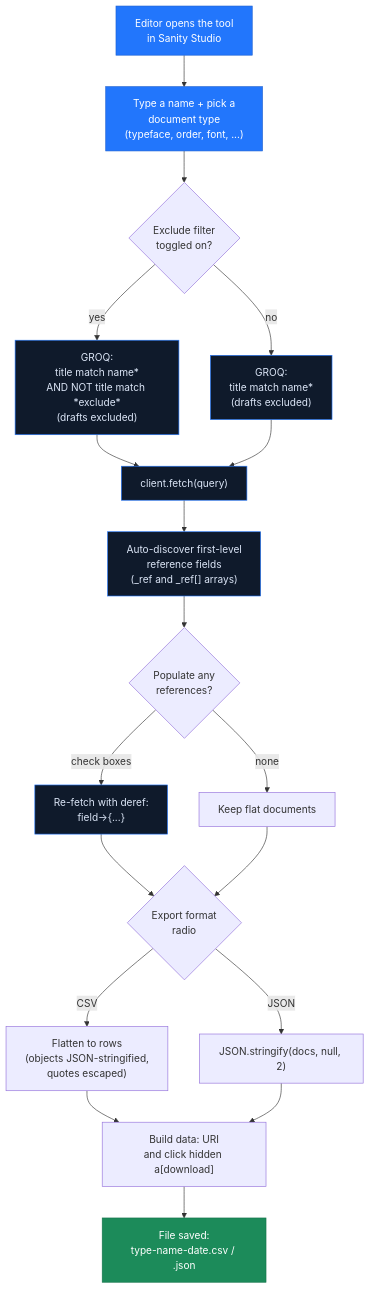
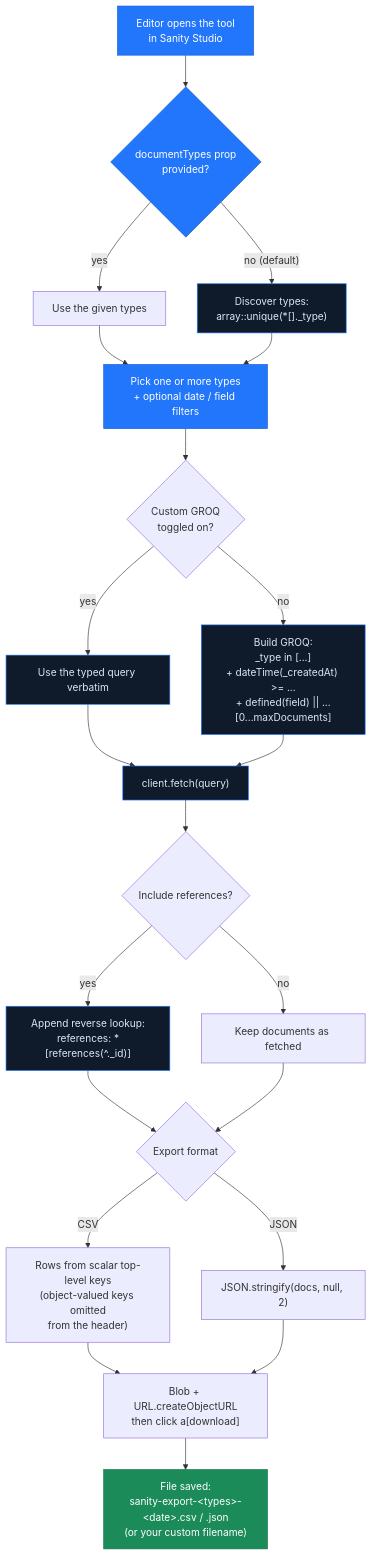
One commit to over-punch/sanity-export-data changed the diagram in assets/export-flow.mmd. Above: the diagram before and after it, drawn with Mermaid. The commit also changed 2 other files, not shown here.

```diff
--- a/assets/export-flow.mmd
+++ b/assets/export-flow.mmd
@@ -1,27 +1,30 @@
-%% Data-flow of @liiift-studio/sanity-export-data (shipped src/ExportData.jsx)
+%% Data-flow of @liiift-studio/sanity-export-data (shipped src/ExportData.tsx)
 %% Render: npm run capture  (see scripts/capture.mjs)
 flowchart TD
-    A["Editor opens the tool<br/>in Sanity Studio"] --> B["Type a name + pick a<br/>document type<br/>(typeface, order, font, ...)"]
-    B --> C{"Exclude filter<br/>toggled on?"}
-    C -- "yes" --> D["GROQ:<br/>title match name*<br/>AND NOT title match *exclude*<br/>(drafts excluded)"]
-    C -- "no" --> E["GROQ:<br/>title match name*<br/>(drafts excluded)"]
-    D --> F["client.fetch(query)"]
-    E --> F
-    F --> G["Auto-discover first-level<br/>reference fields<br/>(_ref and _ref[] arrays)"]
-    G --> H{"Populate any<br/>references?"}
-    H -- "check boxes" --> I["Re-fetch with deref:<br/>field-&gt;{...}"]
-    H -- "none" --> J["Keep flat documents"]
-    I --> K{"Export format<br/>radio"}
-    J --> K
-    K -- "CSV" --> L["Flatten to rows<br/>(objects JSON-stringified,<br/>quotes escaped)"]
-    K -- "JSON" --> M["JSON.stringify(docs, null, 2)"]
-    L --> N["Build data: URI<br/>and click hidden a[download]"]
-    M --> N
-    N --> O["File saved:<br/>type-name-date.csv / .json"]
+    A["Editor opens the tool<br/>in Sanity Studio"] --> B{"documentTypes prop<br/>provided?"}
+    B -- "yes" --> C["Use the given types"]
+    B -- "no (default)" --> D["Discover types:<br/>array::unique(*[]._type)"]
+    C --> E["Pick one or more types<br/>+ optional date / field filters"]
+    D --> E
+    E --> F{"Custom GROQ<br/>toggled on?"}
+    F -- "yes" --> G["Use the typed query verbatim"]
+    F -- "no" --> H["Build GROQ:<br/>_type in [...]<br/>+ dateTime(_createdAt) &gt;= ...<br/>+ defined(field) || ...<br/>[0...maxDocuments]"]
+    G --> I["client.fetch(query)"]
+    H --> I
+    I --> J{"Include references?"}
+    J -- "yes" --> K["Append reverse lookup:<br/>references: *[references(^._id)]"]
+    J -- "no" --> L["Keep documents as fetched"]
+    K --> M{"Export format"}
+    L --> M
+    M -- "CSV" --> N["Rows from scalar top-level keys<br/>(object-valued keys omitted<br/>from the header)"]
+    M -- "JSON" --> O["JSON.stringify(docs, null, 2)"]
+    N --> P["Blob + URL.createObjectURL<br/>then click a[download]"]
+    O --> P
+    P --> Q["File saved:<br/>sanity-export-&lt;types&gt;-&lt;date&gt;.csv / .json<br/>(or your custom filename)"]
 
     classDef studio fill:#2276fc,stroke:#1b5fd0,color:#fff;
     classDef query fill:#0f1a2b,stroke:#2276fc,color:#dce6f7;
     classDef out fill:#1c8b5a,stroke:#13734a,color:#fff;
-    class A,B studio;
-    class D,E,F,G,I query;
-    class O out;
+    class A,B,E studio;
+    class D,G,H,I,K query;
+    class Q out;
```
